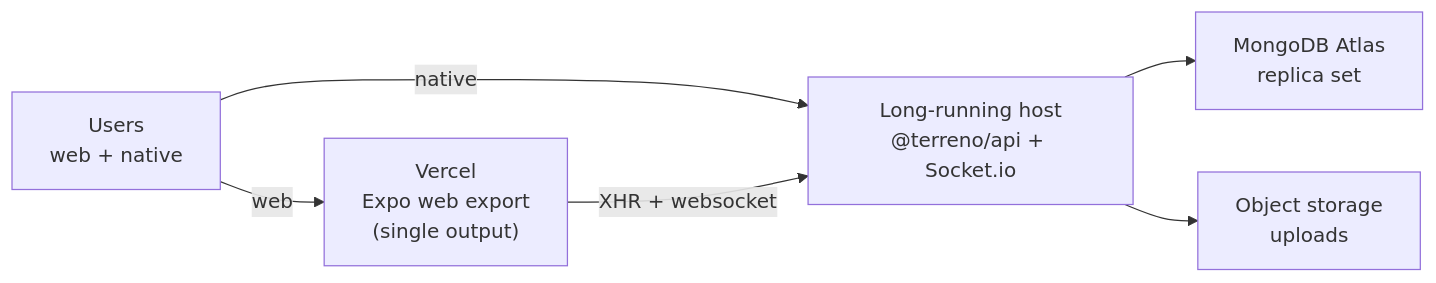
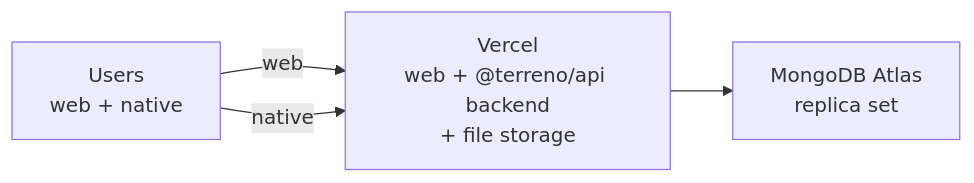
The diagram in docs/implementationPlans/deploy-to-vercel.md (FlourishHealth/terreno), drawn with Mermaid before and after one commit. The commit also changed other lines of this file and 13 other files, not shown here.

````diff
--- a/docs/implementationPlans/deploy-to-vercel.md
+++ b/docs/implementationPlans/deploy-to-vercel.md
@@ -39,13 +39,9 @@
 ```mermaid
 flowchart LR
   U["Users<br/>web + native"]
-  V["Vercel<br/>Expo web export<br/>(single output)"]
-  B["Long-running host<br/>@terreno/api + Socket.io"]
+  V["Vercel<br/>web + @terreno/api backend<br/>+ file storage"]
   A["MongoDB Atlas<br/>replica set"]
-  S["Object storage<br/>uploads"]
   U -->|"web"| V
-  U -->|"native"| B
-  V -->|"XHR + websocket"| B
-  B --> A
-  B --> S
+  U -->|"native"| V
+  V --> A
 ```
````
